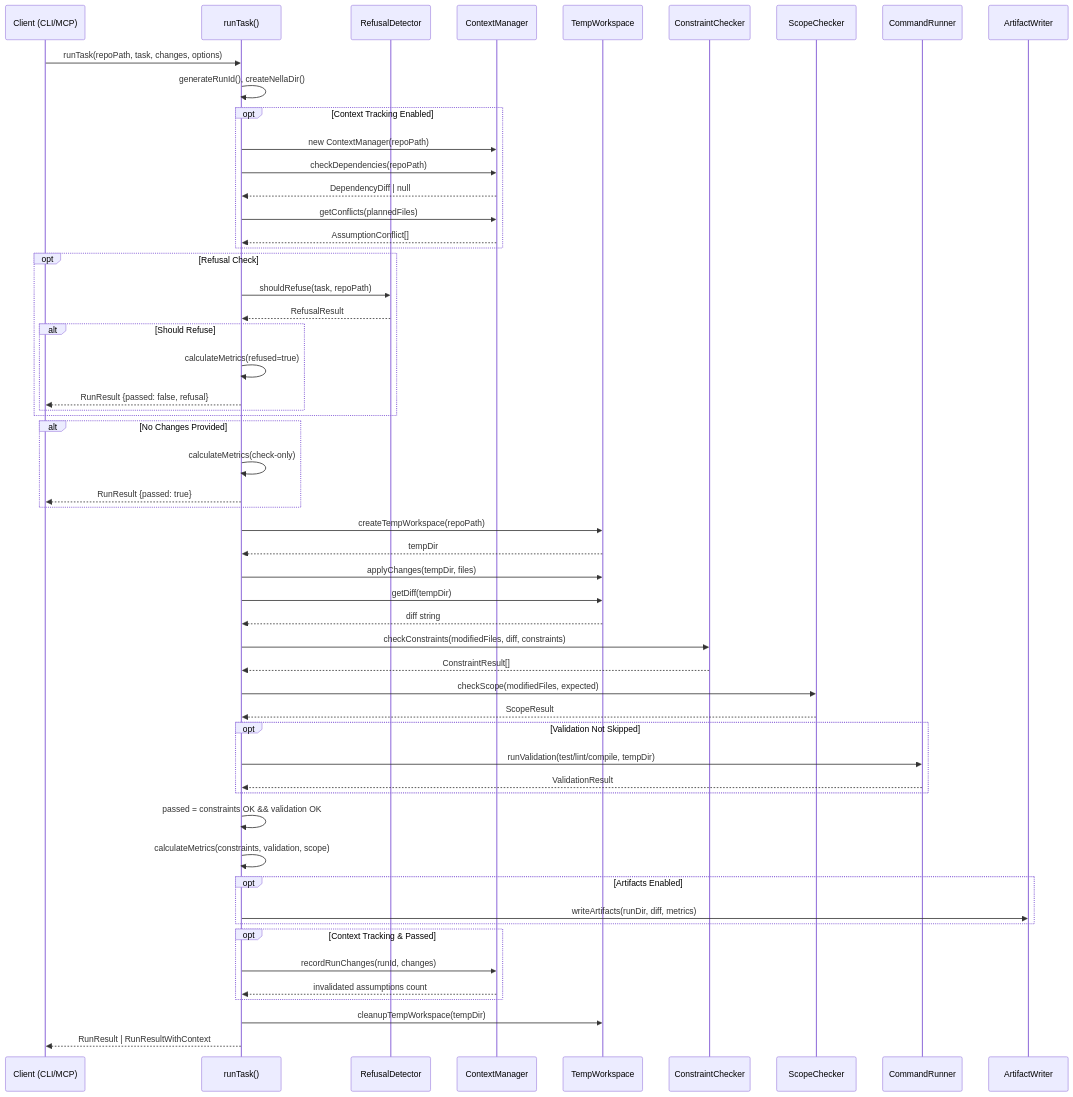
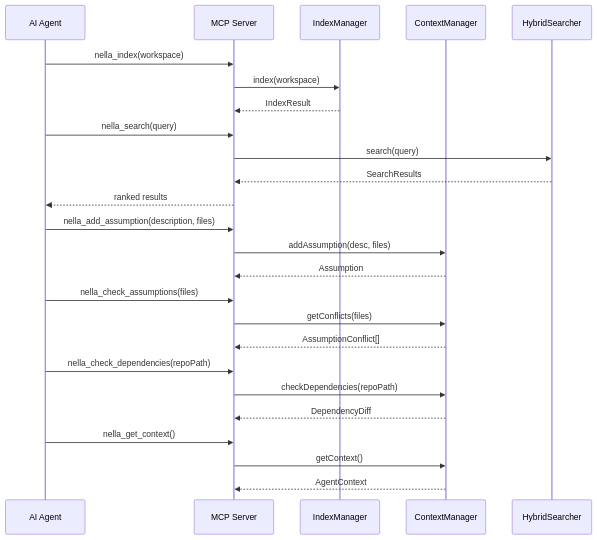
The fifth of 23 diagrams in docs/architecture.md (nella-labs/nella), drawn with Mermaid before and after one commit. The commit also changed other lines of this file and 23 other files, not shown here.

````diff
--- a/docs/architecture.md
+++ b/docs/architecture.md
@@ -317,69 +285,33 @@
 ```mermaid
 sequenceDiagram
-    participant C as Client (CLI/MCP)
-    participant R as runTask()
-    participant RF as RefusalDetector
+    participant A as AI Agent
+    participant MCP as MCP Server
+    participant IDX as IndexManager
     participant CTX as ContextManager
-    participant TW as TempWorkspace
-    participant CC as ConstraintChecker
-    participant SC as ScopeChecker
-    participant CR as CommandRunner
-    participant A as ArtifactWriter
+    participant SEARCH as HybridSearcher
 
-    C->>R: runTask(repoPath, task, changes, options)
-    R->>R: generateRunId(), createNellaDir()
+    A->>MCP: nella_index(workspace)
+    MCP->>IDX: index(workspace)
+    IDX-->>MCP: IndexResult
 
-    opt Context Tracking Enabled
-        R->>CTX: new ContextManager(repoPath)
-        R->>CTX: checkDependencies(repoPath)
-        CTX-->>R: DependencyDiff | null
-        R->>CTX: getConflicts(plannedFiles)
-        CTX-->>R: AssumptionConflict[]
-    end
+    A->>MCP: nella_search(query)
+    MCP->>SEARCH: search(query)
+    SEARCH-->>MCP: SearchResults
+    MCP-->>A: ranked results
 
-    opt Refusal Check
-        R->>RF: shouldRefuse(task, repoPath)
-        RF-->>R: RefusalResult
-        alt Should Refuse
-            R->>R: calculateMetrics(refused=true)
-            R-->>C: RunResult {passed: false, refusal}
-        end
-    end
+    A->>MCP: nella_add_assumption(description, files)
+    MCP->>CTX: addAssumption(desc, files)
+    CTX-->>MCP: Assumption
 
-    alt No Changes Provided
-        R->>R: calculateMetrics(check-only)
-        R-->>C: RunResult {passed: true}
-    end
+    A->>MCP: nella_check_assumptions(files)
+    MCP->>CTX: getConflicts(files)
+    CTX-->>MCP: AssumptionConflict[]
 
-    R->>TW: createTempWorkspace(repoPath)
-    TW-->>R: tempDir
-    R->>TW: applyChanges(tempDir, files)
-    R->>TW: getDiff(tempDir)
-    TW-->>R: diff string
+    A->>MCP: nella_check_dependencies(repoPath)
+    MCP->>CTX: checkDependencies(repoPath)
+    CTX-->>MCP: DependencyDiff
 
-    R->>CC: checkConstraints(modifiedFiles, diff, constraints)
-    CC-->>R: ConstraintResult[]
-
-    R->>SC: checkScope(modifiedFiles, expected)
-    SC-->>R: ScopeResult
-
-    opt Validation Not Skipped
-        R->>CR: runValidation(test/lint/compile, tempDir)
-        CR-->>R: ValidationResult
-    end
-
-    R->>R: passed = constraints OK && validation OK
-    R->>R: calculateMetrics(constraints, validation, scope)
-
-    opt Artifacts Enabled
-        R->>A: writeArtifacts(runDir, diff, metrics)
-    end
-
-    opt Context Tracking & Passed
-        R->>CTX: recordRunChanges(runId, changes)
-        CTX-->>R: invalidated assumptions count
-    end
-
-    R->>TW: cleanupTempWorkspace(tempDir)
-    R-->>C: RunResult | RunResultWithContext
+    A->>MCP: nella_get_context()
+    MCP->>CTX: getContext()
+    CTX-->>MCP: AgentContext
 ```
````
